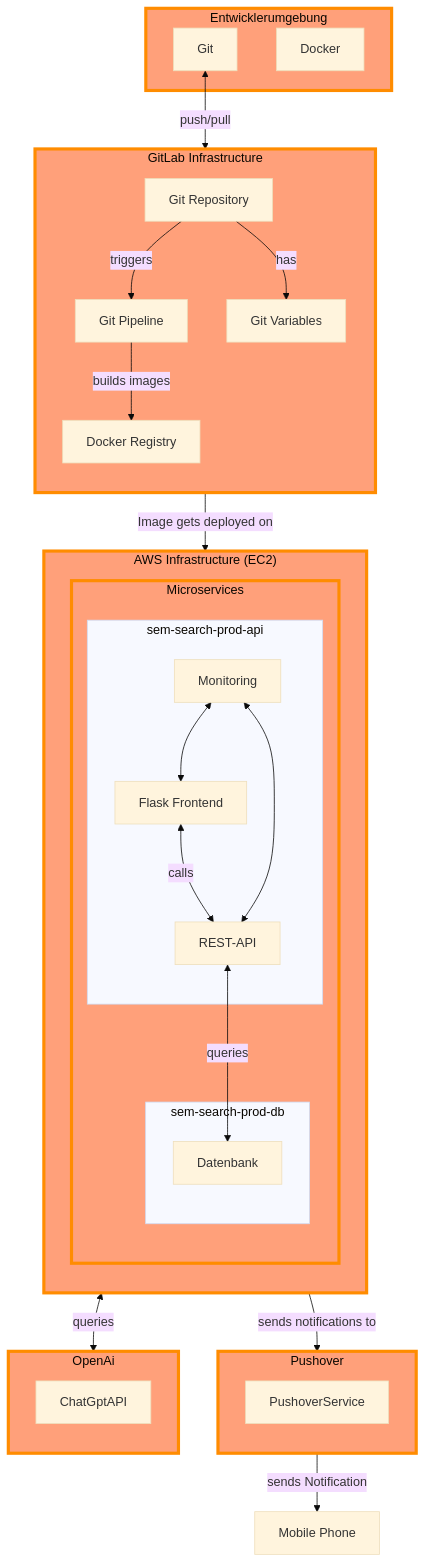
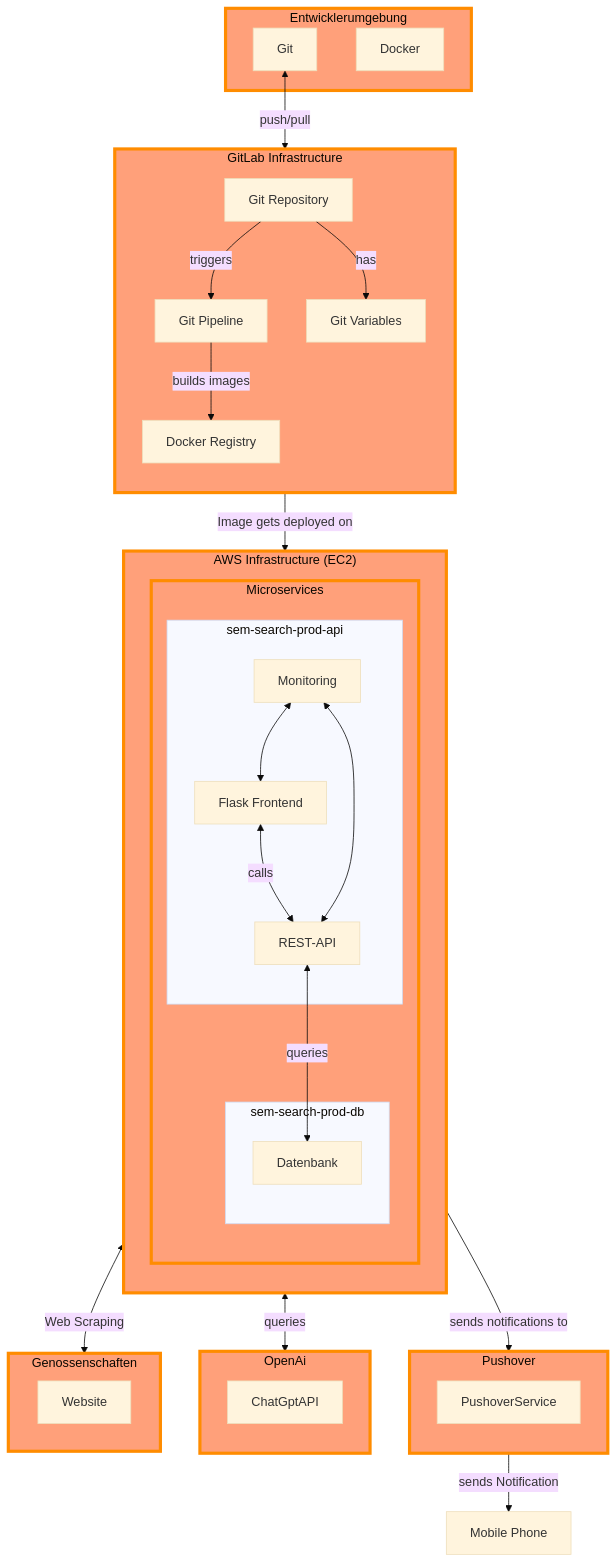
Before and after one commit to danyambuehl/ITCNE23-SEM-Ill: the diagram in docs/02_Plannung/theoretischer_loesungsanstz.md, drawn with Mermaid (base theme). The commit also changed 4 other files, not shown here.

````diff
--- a/docs/02_Plannung/theoretischer_loesungsanstz.md
+++ b/docs/02_Plannung/theoretischer_loesungsanstz.md
@@ -50,70 +50,76 @@
 ```mermaid
 flowchart TB
 
         direction TB
         %% Define Entwickler Block
         subgraph Entwicklerumgebung["Entwicklerumgebung"]
             Git
             Docker["Docker"]
         end
         %% Define AWS Infrastructure Block
         subgraph Infrastructure["AWS Infrastructure (EC2)"]
             direction TB
         %% Define Microservices Block
         subgraph Microservices["Microservices"]
             direction TB
             subgraph sem-search-prod-api
             FlaskFrontend["Flask Frontend"]
             Monitoring["Monitoring"]
             RESTAPI["REST-API"]
             end
 
             subgraph sem-search-prod-db
             Datenbank["Datenbank"]
             end
 
         end
         end
         %% Define GitLab Infrastructure Block
         subgraph GitLab_Infrastructure["GitLab Infrastructure"]
             direction TB
             GitRepository["Git Repository"]
             GitVariables["Git Variables"]
             GitPipeline["Git Pipeline"]
             Registry["Docker Registry"]
         end
         %% Define Pushover Block
         subgraph Pushover
             direction TB
             PushoverService
         end
         %% Define OpenAI Block
         subgraph OpenAi
             direction TB
             ChatGptAPI
         end
+        %% Define Genossenschaften Block
+        subgraph Genossenschaften
+            Website 
+        end
 
     EndUser["Mobile Phone"]
 
     %% Define Relationships
     FlaskFrontend <-->|calls| RESTAPI
     Monitoring <--> FlaskFrontend
     Monitoring <--> RESTAPI
     RESTAPI <-->|queries| Datenbank
     GitPipeline -->|builds images| Registry
     GitRepository -->| triggers | GitPipeline
     GitRepository -->| has| GitVariables
     Registry -->|Image gets deployed on | Infrastructure
     RESTAPI -->|sends notifications to| Pushover
     Pushover -->|sends Notification| EndUser
     RESTAPI <-->|queries| OpenAi
     Git <--> |push/pull| GitRepository
+    RESTAPI <--> |Web Scraping| Genossenschaften
 
     %% Define Styles
     style Entwicklerumgebung fill:#FFA07A,stroke:#FF8C00,stroke-width:4px
     style Microservices fill:#FFA07A,stroke:#FF8C00,stroke-width:4px
     style GitLab_Infrastructure fill:#FFA07A,stroke:#FF8C00,stroke-width:4px
     style Infrastructure fill:#FFA07A,stroke:#FF8C00,stroke-width:4px
     style Pushover fill:#FFA07A,stroke:#FF8C00,stroke-width:4px
     style OpenAi fill:#FFA07A,stroke:#FF8C00,stroke-width:4px
+    style Genossenschaften fill:#FFA07A,stroke:#FF8C00,stroke-width:4px
 ```
````
